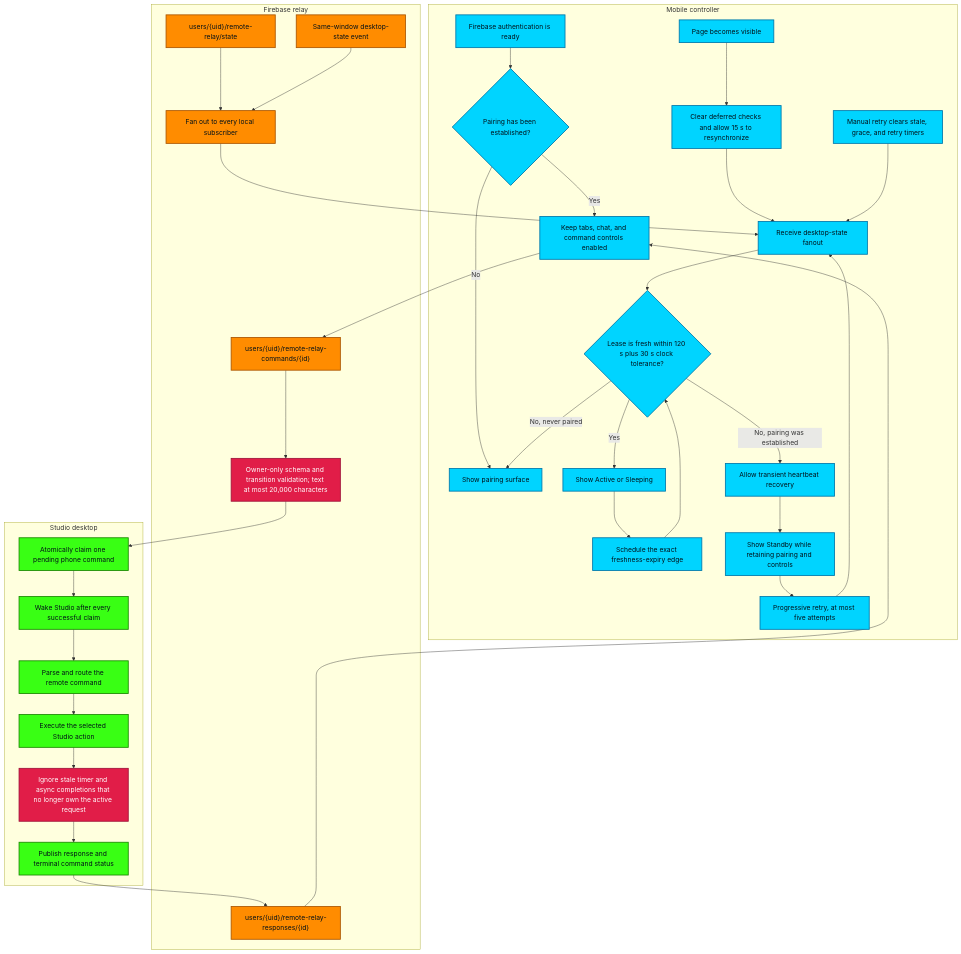
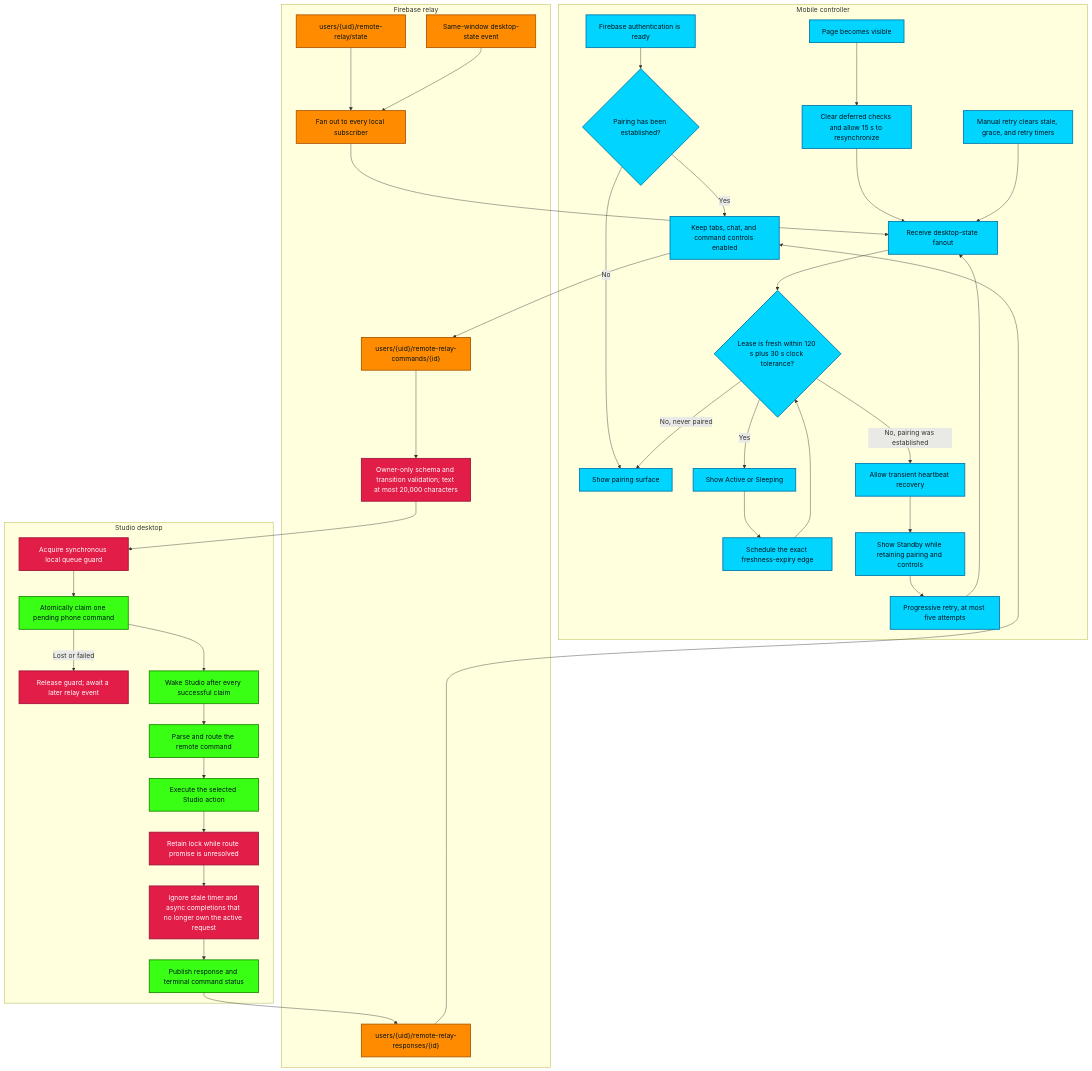
One commit to indii-music-founder/indii-music-founder changed the diagram in docs/flowcharts/07-mobile-remote-relay.md. Above: the diagram before and after it, drawn with Mermaid. The commit also changed other lines of this file and 15 other files, not shown here.

````diff
--- a/docs/flowcharts/07-mobile-remote-relay.md
+++ b/docs/flowcharts/07-mobile-remote-relay.md
@@ -35,10 +35,13 @@
     end
 
     subgraph STUDIO["Studio desktop"]
+        GUARD["Acquire synchronous local queue guard"]
         CLAIM["Atomically claim one pending phone command"]
+        RELEASE["Release guard; await a later relay event"]
         WAKE["Wake Studio after every successful claim"]
         PARSE["Parse and route the remote command"]
         EXECUTE["Execute the selected Studio action"]
+        WATCHDOG["Retain lock while route promise is unresolved"]
         COMPLETE["Publish response and terminal command status"]
         IDENTITY["Ignore stale timer and async completions that no longer own the active request"]
     end
@@ -66,11 +69,14 @@
 
     CONTROLS --> COMMAND
     COMMAND --> RULES
-    RULES --> CLAIM
+    RULES --> GUARD
+    GUARD --> CLAIM
+    CLAIM -->|"Lost or failed"| RELEASE
     CLAIM --> WAKE
     WAKE --> PARSE
     PARSE --> EXECUTE
-    EXECUTE --> IDENTITY
+    EXECUTE --> WATCHDOG
+    WATCHDOG --> IDENTITY
     IDENTITY --> COMPLETE
     COMPLETE --> RESPONSE
     RESPONSE --> CONTROLS
@@ -83,5 +89,5 @@
     class AUTH,PAIRED,LOCKED,CONTROLS,SNAPSHOT,FRESH,ACTIVE,EDGE,GRACE,STANDBY,RETRY,VISIBLE,SETTLE,MANUAL mobile
     class STATE,LOCAL,FANOUT,COMMAND,RESPONSE relay
     class CLAIM,WAKE,PARSE,EXECUTE,COMPLETE studio
-    class RULES,IDENTITY guard
+    class RULES,GUARD,RELEASE,WATCHDOG,IDENTITY guard
 ```
````
